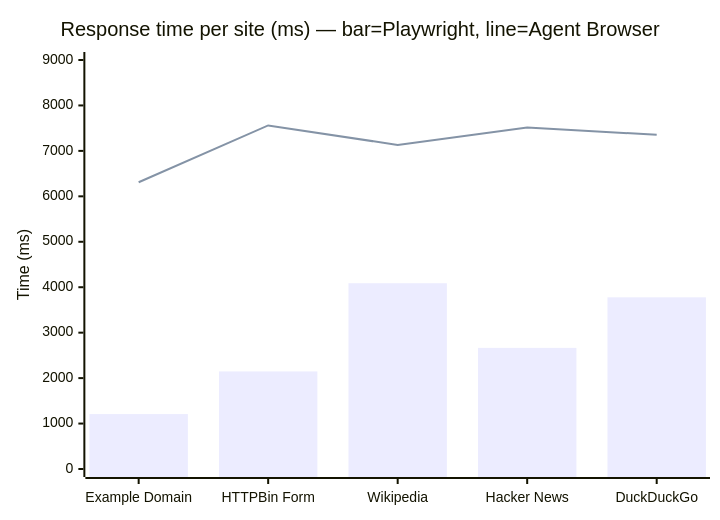
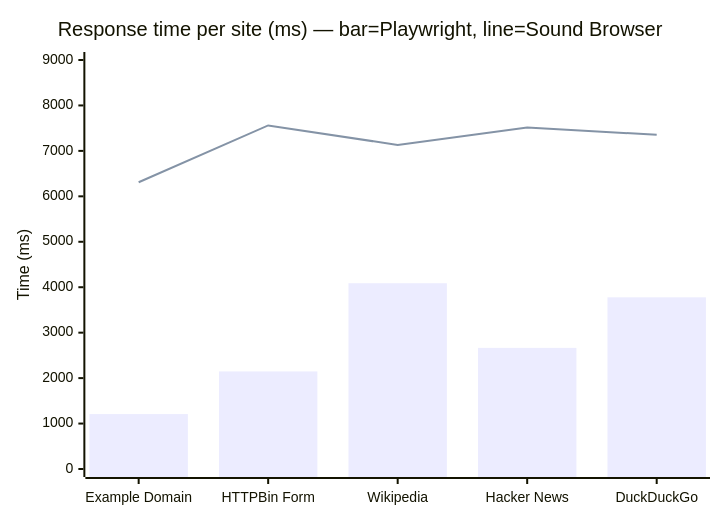
Before and after one commit to Abhishekxdg/Agentic-browser: the diagram in README.md, drawn with Mermaid. The commit also changed other lines of this file and 51 other files, not shown here.

````diff
--- a/README.md
+++ b/README.md
@@ -188,8 +236,8 @@
 ```mermaid
 xychart-beta
-    title "Response time per site (ms) — bar=Playwright, line=Agent Browser"
+    title "Response time per site (ms) — bar=Playwright, line=Sound Browser"
     x-axis ["Example Domain", "HTTPBin Form", "Wikipedia", "Hacker News", "DuckDuckGo"]
     y-axis "Time (ms)" 0 --> 9000
     bar [1209, 2147, 4088, 2665, 3778]
     line [6310, 7560, 7131, 7514, 7353]
 ```
````
